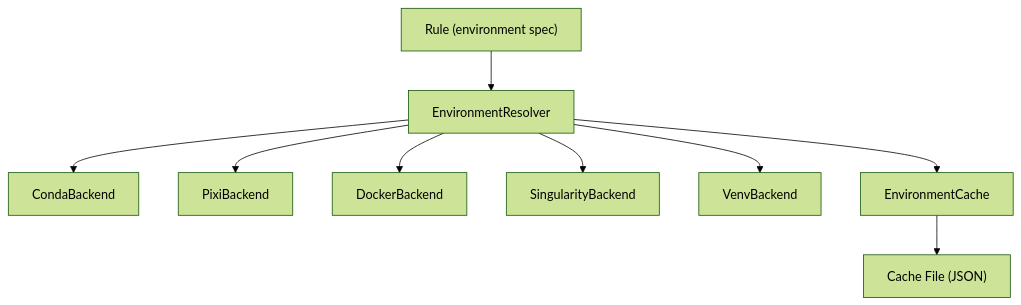
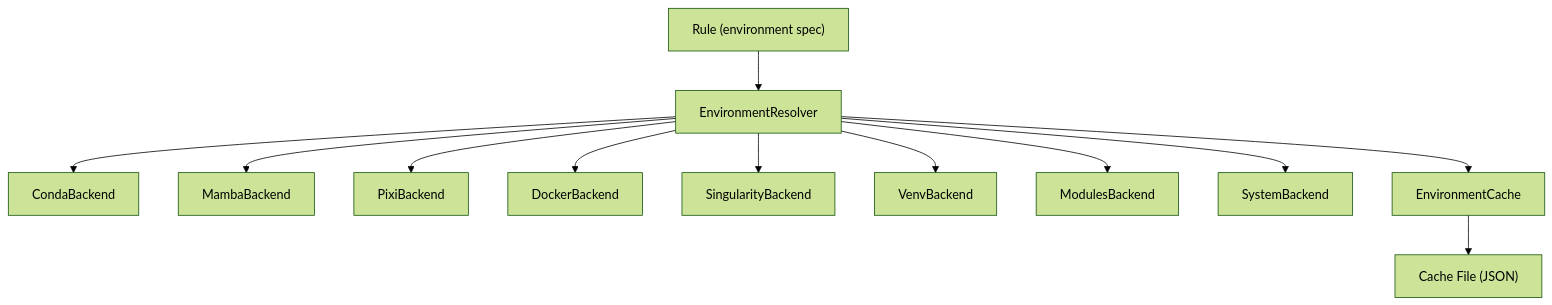
One commit to Traitome/oxo-flow changed the diagram in docs/guide/src/reference/environment-system.md. Above: the diagram before and after it, drawn with Mermaid (forest theme). The commit also changed other lines of this file and 30 other files, not shown here.

````diff
--- a/docs/guide/src/reference/environment-system.md
+++ b/docs/guide/src/reference/environment-system.md
@@ -21,11 +21,14 @@
 ```mermaid
 graph TD
     Rule["Rule (environment spec)"] --> Resolver["EnvironmentResolver"]
     Resolver --> Conda["CondaBackend"]
+    Resolver --> Mamba["MambaBackend"]
     Resolver --> Pixi["PixiBackend"]
     Resolver --> Docker["DockerBackend"]
     Resolver --> Singularity["SingularityBackend"]
     Resolver --> Venv["VenvBackend"]
+    Resolver --> Modules["ModulesBackend"]
+    Resolver --> System["SystemBackend"]
     Resolver --> Cache["EnvironmentCache"]
     Cache --> File["Cache File (JSON)"]
 ```
````
